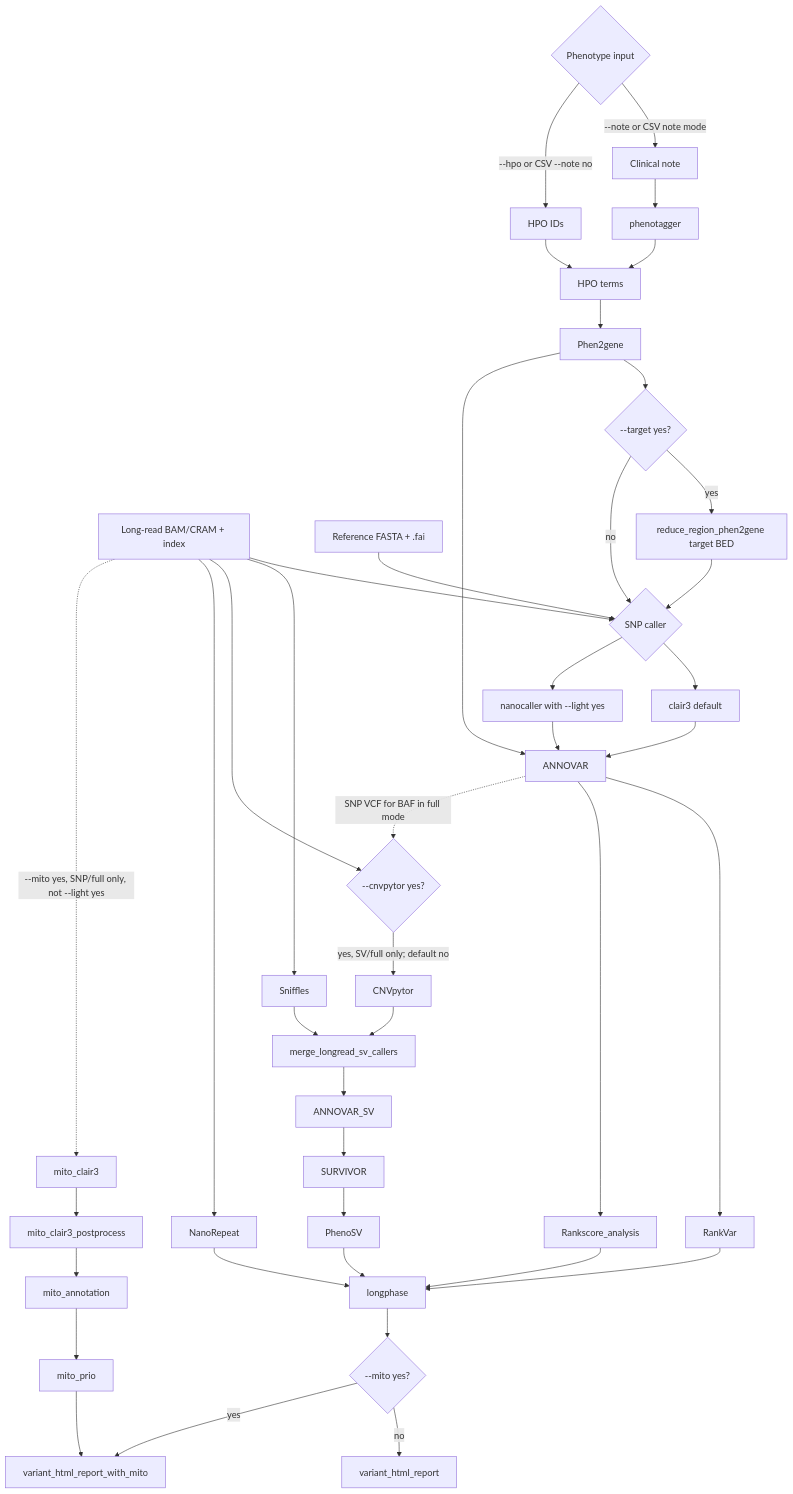
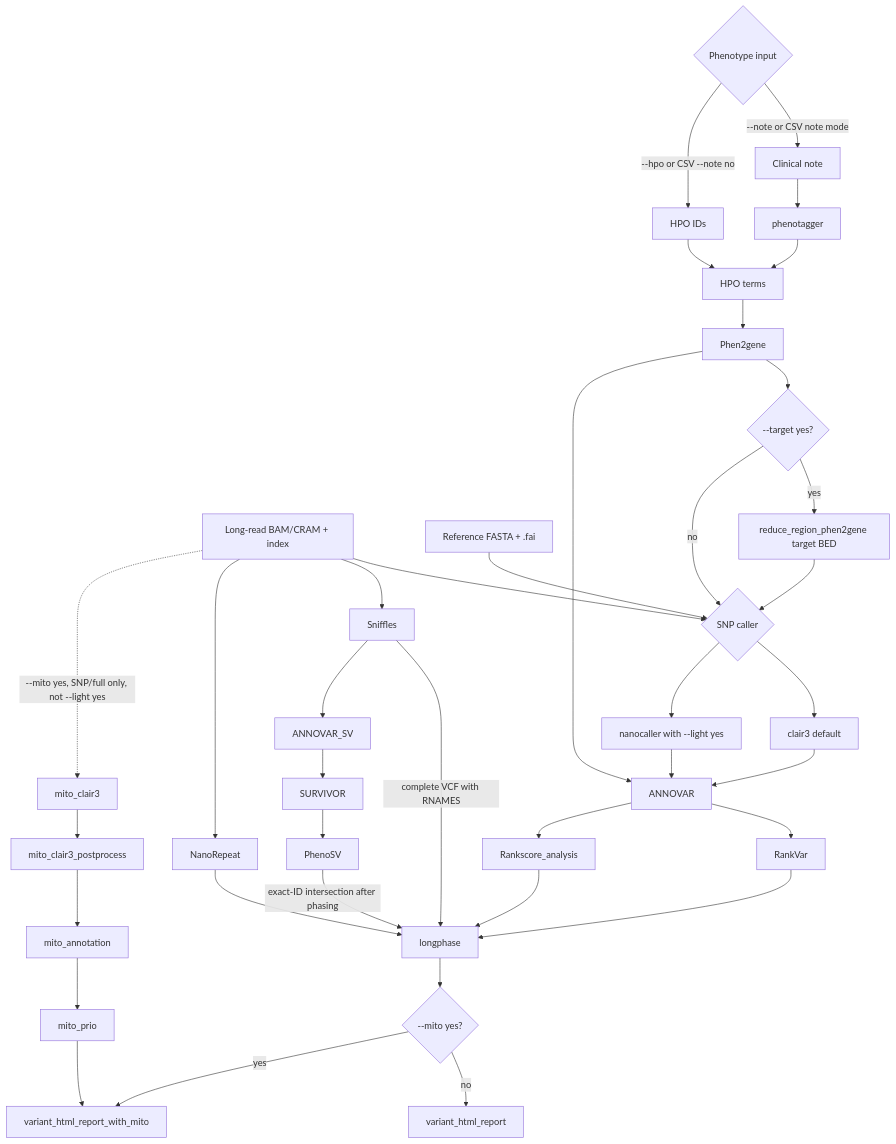
Before and after one commit to WGLab/PipeVar: the sixth of 7 diagrams in docs/WORKFLOW.md, drawn with Mermaid. The commit also changed other lines of this file and 21 other files, not shown here.

Commit message:
Updated Longphase, sniffles, cnvpytor

````diff
--- a/docs/WORKFLOW.md
+++ b/docs/WORKFLOW.md
@@ -328,63 +329,57 @@
 ```mermaid
 flowchart TD
     input["Long-read BAM/CRAM + index"]
     ref["Reference FASTA + .fai"]
     phenoChoice{"Phenotype input"}
     note["Clinical note"]
     hpoFile["HPO IDs"]
     tagger["phenotagger"]
     hpo["HPO terms"]
     p2g["Phen2gene"]
     targetChoice{"--target yes?"}
     targetBed["reduce_region_phen2gene target BED"]
     snpCaller{"SNP caller"}
     clair3["clair3 default"]
     nanocaller["nanocaller with --light yes"]
     annovar["ANNOVAR"]
     rankvar["RankVar"]
     rankscore["Rankscore_analysis"]
     sniffles["Sniffles"]
-    cnvpytorChoice{"--cnvpytor yes?"}
-    cnvpytor["CNVpytor"]
-    mergeSv["merge_longread_sv_callers"]
     annovarSv["ANNOVAR_SV"]
     survivor["SURVIVOR"]
     phenosv["PhenoSV"]
     repeat["NanoRepeat"]
     longphase["longphase"]
     html{"--mito yes?"}
     report["variant_html_report"]
     reportMito["variant_html_report_with_mito"]
     mitoClair3["mito_clair3"]
     mitoClair3Post["mito_clair3_postprocess"]
     mitoAnno["mito_annotation"]
     mitoPrio["mito_prio"]
 
     input --> snpCaller
     ref --> snpCaller
     phenoChoice -->|"--note or CSV note mode"| note --> tagger --> hpo
     phenoChoice -->|"--hpo or CSV --note no"| hpoFile --> hpo
     hpo --> p2g --> targetChoice
     targetChoice -->|"yes"| targetBed --> snpCaller
     targetChoice -->|"no"| snpCaller
     snpCaller --> clair3 --> annovar
     snpCaller --> nanocaller --> annovar
     p2g --> annovar
     annovar --> rankvar --> longphase
     annovar --> rankscore --> longphase
 
     input --> sniffles
-    input --> cnvpytorChoice
-    annovar -.->|"SNP VCF for BAF in full mode"| cnvpytorChoice
-    cnvpytorChoice -->|"yes, SV/full only; default no"| cnvpytor
-    sniffles --> mergeSv
-    cnvpytor --> mergeSv
-    mergeSv --> annovarSv --> survivor --> phenosv --> longphase
+    sniffles -->|"complete VCF with RNAMES"| longphase
+    sniffles --> annovarSv --> survivor --> phenosv
+    phenosv -->|"exact-ID intersection after phasing"| longphase
 
     input --> repeat --> longphase
     longphase --> html
     html -->|"no"| report
     html -->|"yes"| reportMito
 
     input -.->|"--mito yes, SNP/full only, not --light yes"| mitoClair3 --> mitoClair3Post --> mitoAnno --> mitoPrio --> reportMito
 ```
````
